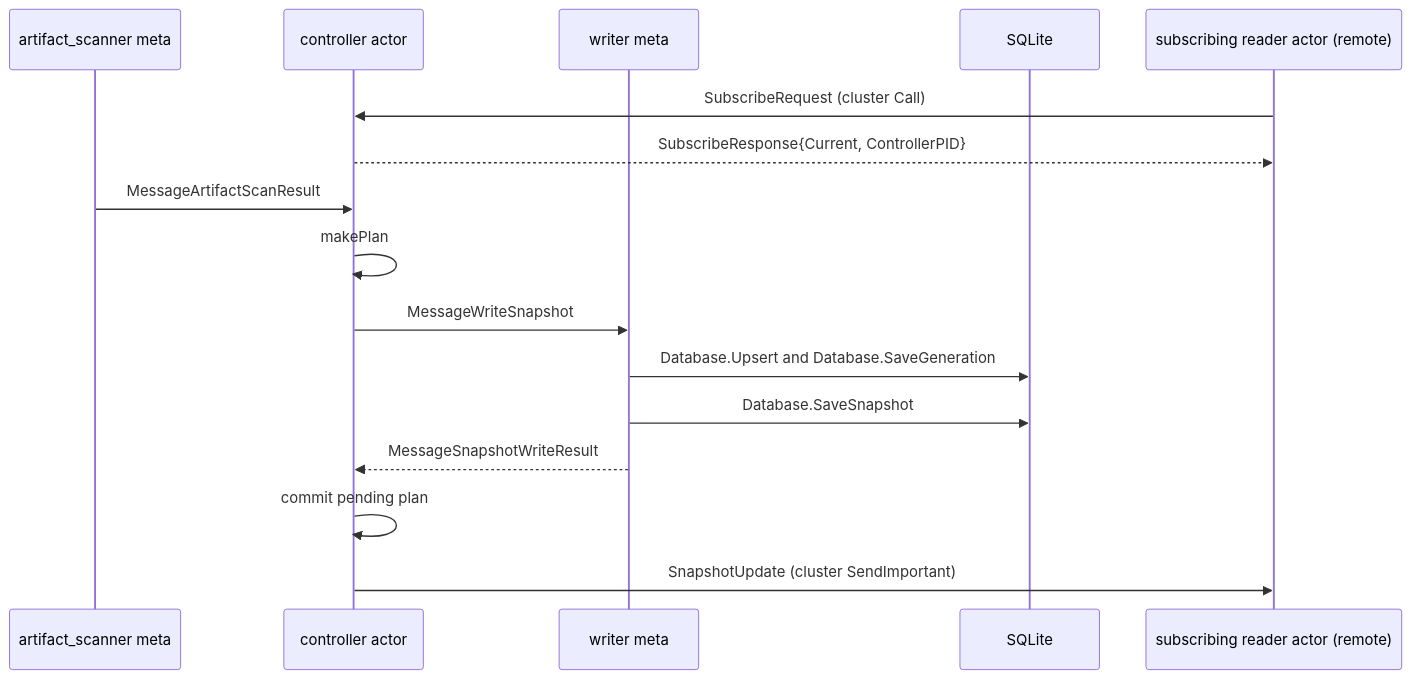
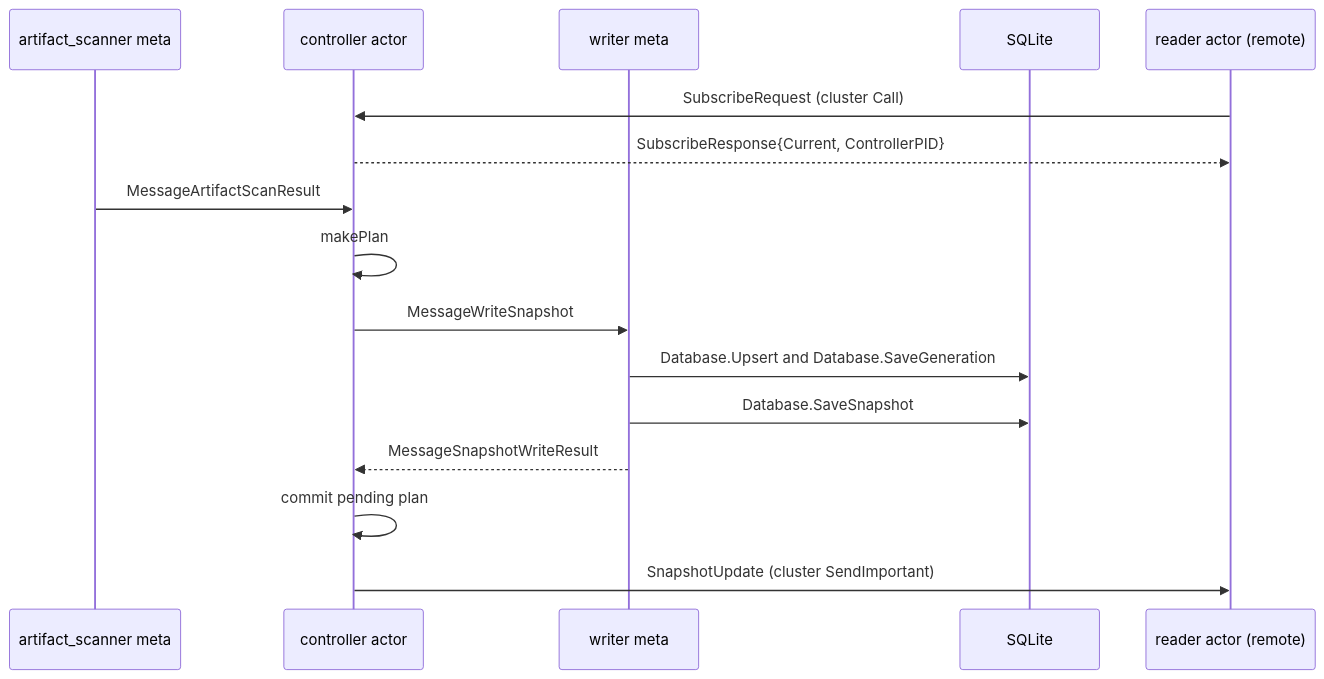
Before and after one commit to HarishHary/blink: the first of 2 diagrams in docs/internals/message-flow.md, drawn with Mermaid. The commit also changed other lines of this file and 4 other files, not shown here.

````diff
--- a/docs/internals/message-flow.md
+++ b/docs/internals/message-flow.md
@@ -9,19 +11,19 @@
 ```mermaid
 sequenceDiagram
     participant ArtifactScanner as artifact_scanner meta
     participant Controller as controller actor
     participant Writer as writer meta
     participant Store as SQLite
-    participant Executor as subscribing reader actor (remote)
+    participant Executor as reader actor (remote)
 
     Executor->>Controller: SubscribeRequest (cluster Call)
     Controller-->>Executor: SubscribeResponse{Current, ControllerPID}
     ArtifactScanner->>Controller: MessageArtifactScanResult
     Controller->>Controller: makePlan
     Controller->>Writer: MessageWriteSnapshot
     Writer->>Store: Database.Upsert and Database.SaveGeneration
     Writer->>Store: Database.SaveSnapshot
     Writer-->>Controller: MessageSnapshotWriteResult
     Controller->>Controller: commit pending plan
     Controller->>Executor: SnapshotUpdate (cluster SendImportant)
 ```
````
